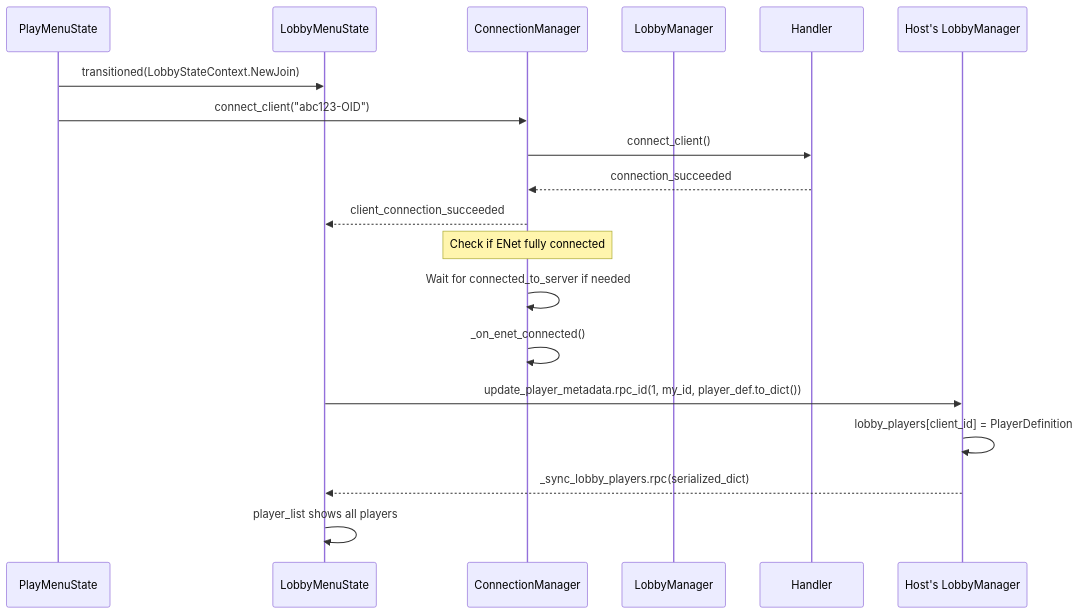
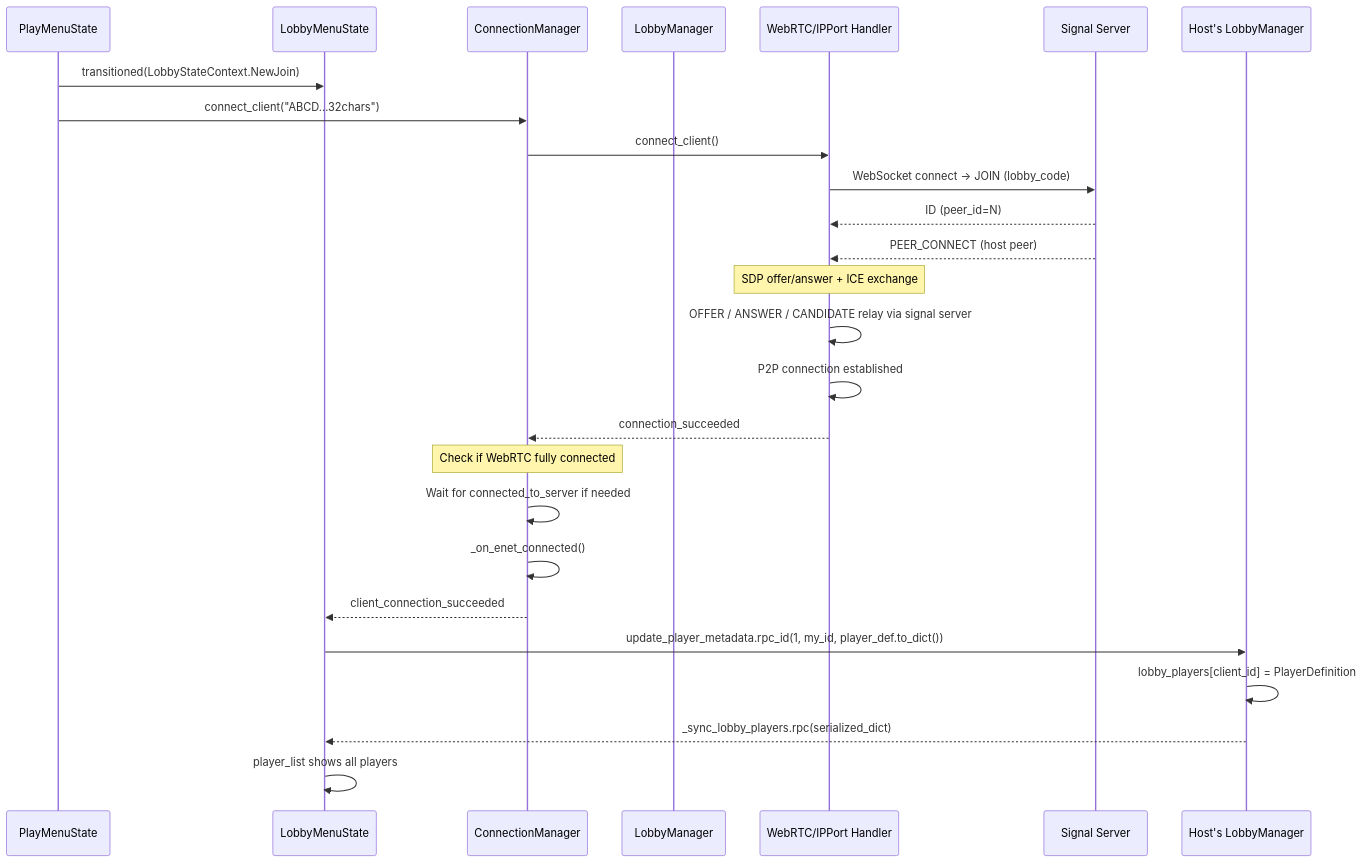
One commit to ssebs/DankNooner changed the third of 13 diagrams in v2/planning_docs/LobbyGameFlowMP.md. Above: the diagram before and after it, drawn with Mermaid. The commit also changed other lines of this file and 2 other files, not shown here.

````diff
--- a/v2/planning_docs/LobbyGameFlowMP.md
+++ b/v2/planning_docs/LobbyGameFlowMP.md
@@ -72,24 +78,31 @@
 ```mermaid
 sequenceDiagram
     participant Play as PlayMenuState
     participant Lobby as LobbyMenuState
     participant CM as ConnectionManager
     participant LM as LobbyManager
-    participant Handler as Handler
+    participant Handler as WebRTC/IPPort Handler
+    participant Signal as Signal Server
     participant HostLM as Host's LobbyManager
 
     Play->>Lobby: transitioned(LobbyStateContext.NewJoin)
-    Play->>CM: connect_client("abc123-OID")
+    Play->>CM: connect_client("ABCD...32chars")
     CM->>Handler: connect_client()
+    Handler->>Signal: WebSocket connect → JOIN (lobby_code)
+    Signal-->>Handler: ID (peer_id=N)
+    Signal-->>Handler: PEER_CONNECT (host peer)
+    Note over Handler: SDP offer/answer + ICE exchange
+    Handler->>Handler: OFFER / ANSWER / CANDIDATE relay via signal server
+    Handler->>Handler: P2P connection established
     Handler-->>CM: connection_succeeded
-    CM-->>Lobby: client_connection_succeeded
 
-    Note over CM: Check if ENet fully connected
+    Note over CM: Check if WebRTC fully connected
     CM->>CM: Wait for connected_to_server if needed
     CM->>CM: _on_enet_connected()
 
+    CM-->>Lobby: client_connection_succeeded
     Lobby->>HostLM: update_player_metadata.rpc_id(1, my_id, player_def.to_dict())
     HostLM->>HostLM: lobby_players[client_id] = PlayerDefinition
     HostLM-->>Lobby: _sync_lobby_players.rpc(serialized_dict)
     Lobby->>Lobby: player_list shows all players
 ```
````
